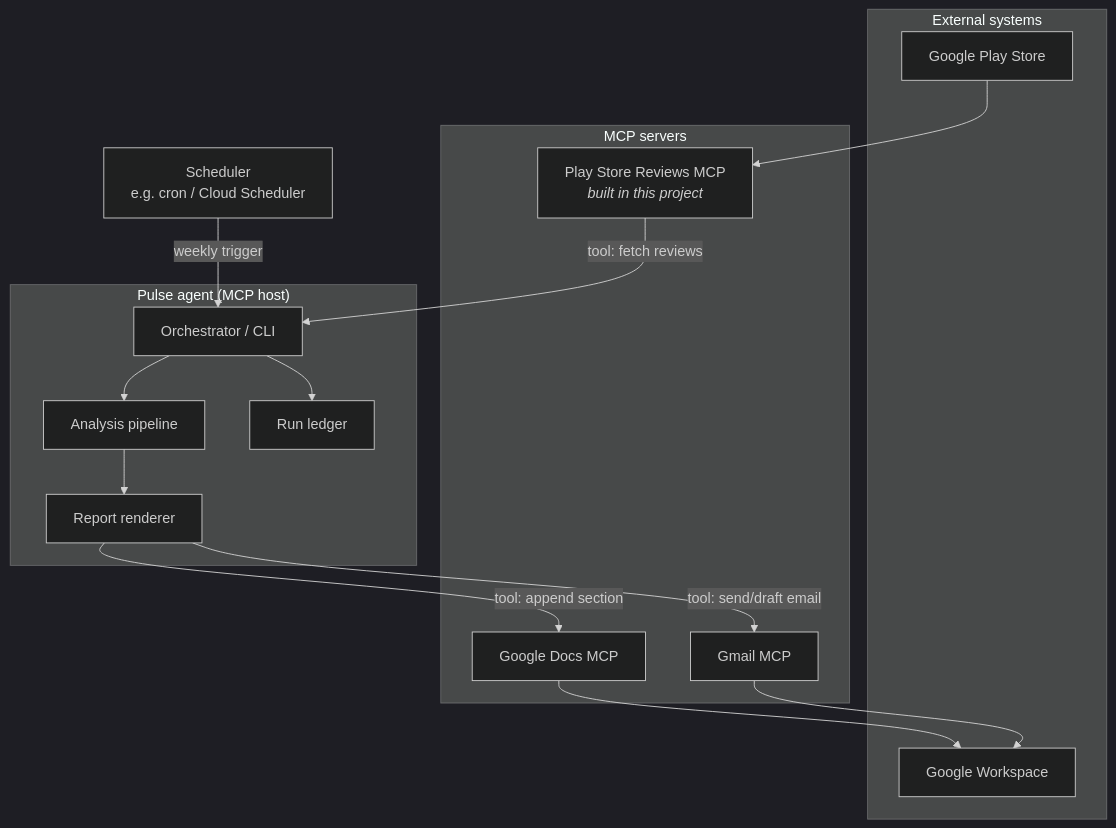
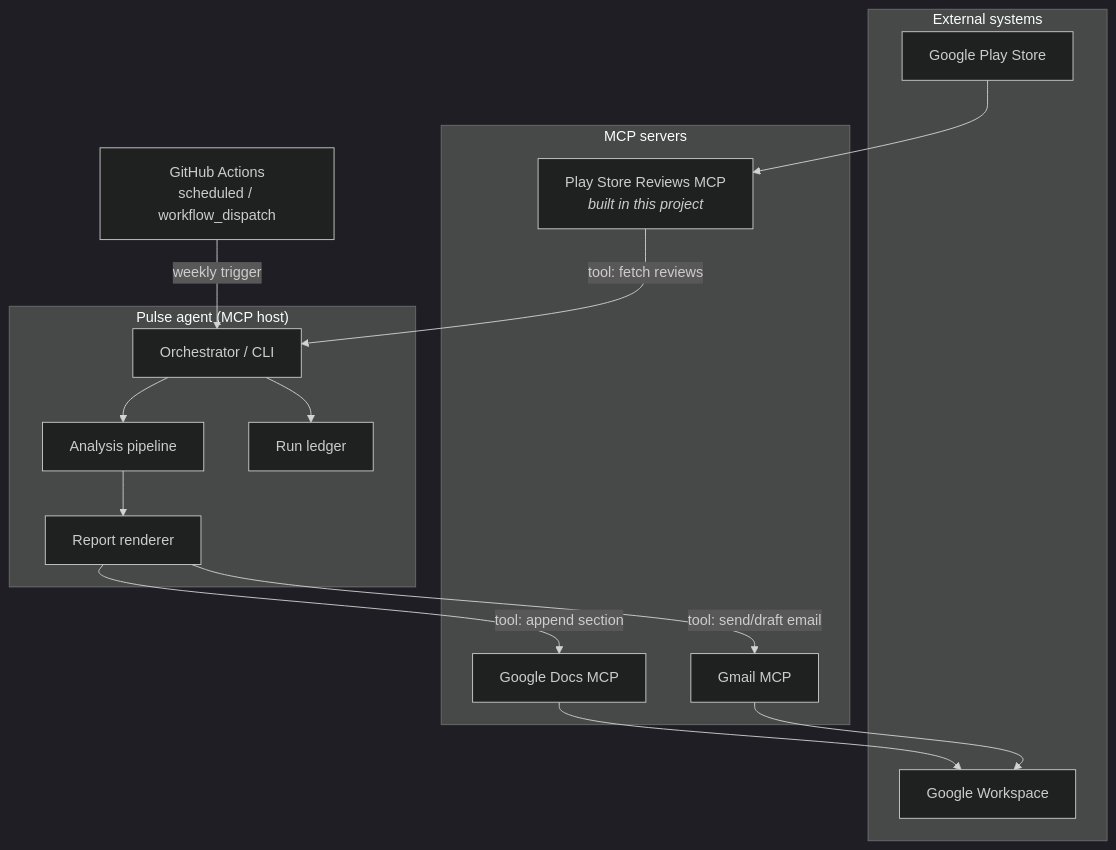
One commit to ck-anand612/groww-weekly-review-pulse changed the first of 3 diagrams in docs/architecture.md. Above: the diagram before and after it, drawn with Mermaid (dark theme). The commit also changed other lines of this file and 9 other files, not shown here.

Commit message:
Update README, architecture, and organize screenshots

````diff
--- a/docs/architecture.md
+++ b/docs/architecture.md
@@ -24,33 +24,33 @@
 ```mermaid
 flowchart TB
     subgraph External["External systems"]
         PS[Google Play Store]
         GW[Google Workspace]
     end
 
     subgraph MCP["MCP servers"]
         PSMCP[Play Store Reviews MCP<br/><i>built in this project</i>]
         DocsMCP[Google Docs MCP]
         GmailMCP[Gmail MCP]
     end
 
     subgraph Core["Pulse agent (MCP host)"]
         ORCH[Orchestrator / CLI]
         PIPE[Analysis pipeline]
         RENDER[Report renderer]
         AUDIT[Run ledger]
     end
 
-    SCHED[Scheduler<br/>e.g. cron / Cloud Scheduler]
+    SCHED[GitHub Actions<br/>scheduled / workflow_dispatch]
 
     PS --> PSMCP
     PSMCP -->|tool: fetch reviews| ORCH
     ORCH --> PIPE
     PIPE --> RENDER
     RENDER -->|tool: append section| DocsMCP
     RENDER -->|tool: send/draft email| GmailMCP
     DocsMCP --> GW
     GmailMCP --> GW
     ORCH --> AUDIT
     SCHED -->|weekly trigger| ORCH
 ```
````
